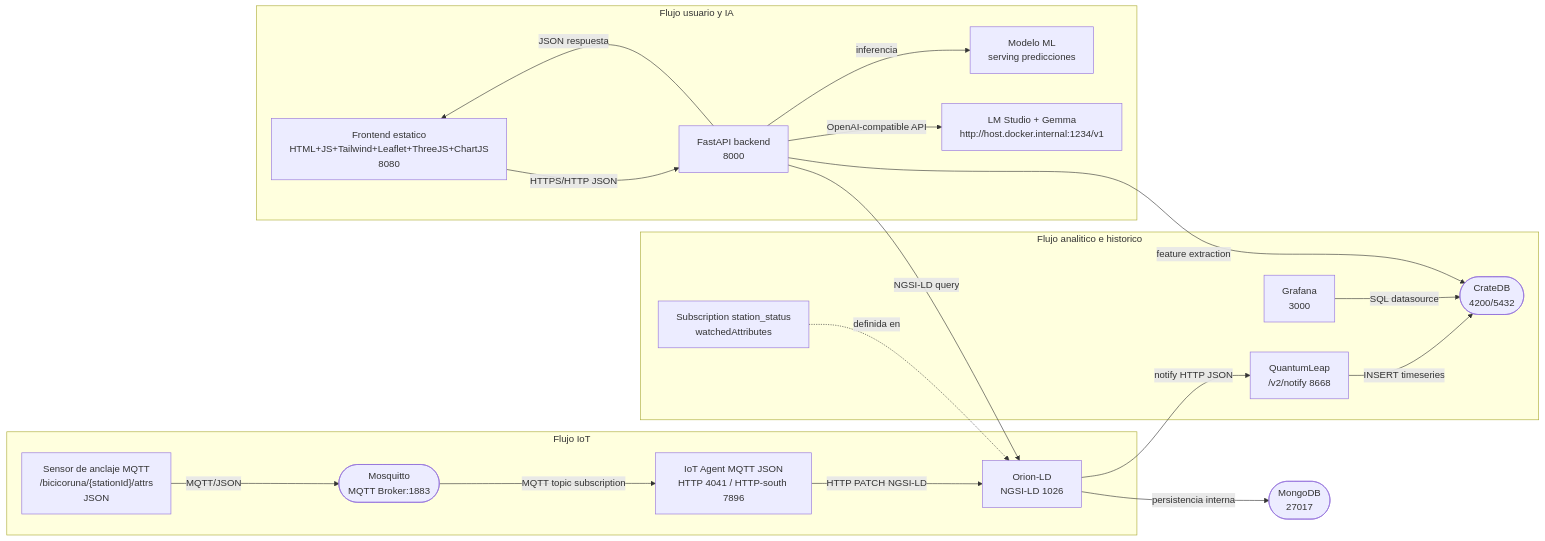
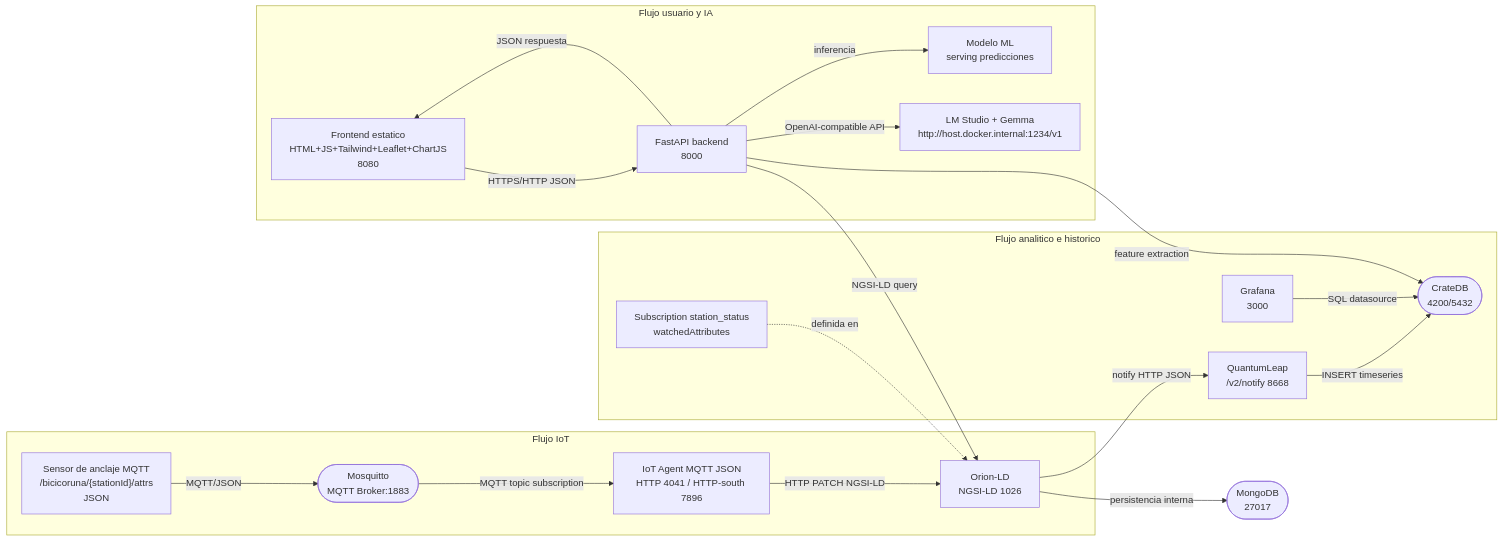
The first of 2 diagrams in APPLICATION.md (alvaroprzr/FIWARE-Smart-Data-Models), drawn with Mermaid before and after one commit. The commit also changed other lines of this file and 2 other files, not shown here.

Commit message:
Clean up documentation: remove Three.js references from APPLICATION, architecture, and README

````diff
--- a/APPLICATION.md
+++ b/APPLICATION.md
@@ -81,39 +80,39 @@
 ```mermaid
 flowchart LR
   subgraph IoT[Flujo IoT]
     S1["Sensor de anclaje MQTT\n/bicicoruna/{stationId}/attrs\nJSON"]
     MQ(["Mosquitto\nMQTT Broker:1883"])
     IA["IoT Agent MQTT JSON\nHTTP 4041 / HTTP-south 7896"]
     ORI["Orion-LD\nNGSI-LD 1026"]
     S1 -- MQTT/JSON --> MQ
     MQ -- MQTT topic subscription --> IA
     IA -- HTTP PATCH NGSI-LD --> ORI
   end
 
   subgraph Analytics[Flujo analitico e historico]
     SUB["Subscription station_status\nwatchedAttributes"]
     QL["QuantumLeap\n/v2/notify 8668"]
     CR(["CrateDB\n4200/5432"])
     GRA["Grafana\n3000"]
     ORI -- notify HTTP JSON --> QL
     QL -- INSERT timeseries --> CR
     GRA -- SQL datasource --> CR
     SUB -. definida en .-> ORI
   end
 
   subgraph UserFlow[Flujo usuario y IA]
-    FE["Frontend estatico\nHTML+JS+Tailwind+Leaflet+ThreeJS+ChartJS\n8080"]
+    FE["Frontend estatico\nHTML+JS+Tailwind+Leaflet+ChartJS\n8080"]
     API["FastAPI backend\n8000"]
     ML["Modelo ML\nserving predicciones"]
     LLM["LM Studio + Gemma\nhttp://host.docker.internal:1234/v1"]
     FE -- HTTPS/HTTP JSON --> API
     API -- NGSI-LD query --> ORI
     API -- feature extraction --> CR
     API -- inferencia --> ML
     API -- OpenAI-compatible API --> LLM
     API -- JSON respuesta --> FE
   end
 
   MDB(["MongoDB\n27017"])
   ORI -- persistencia interna --> MDB
 ```
````
